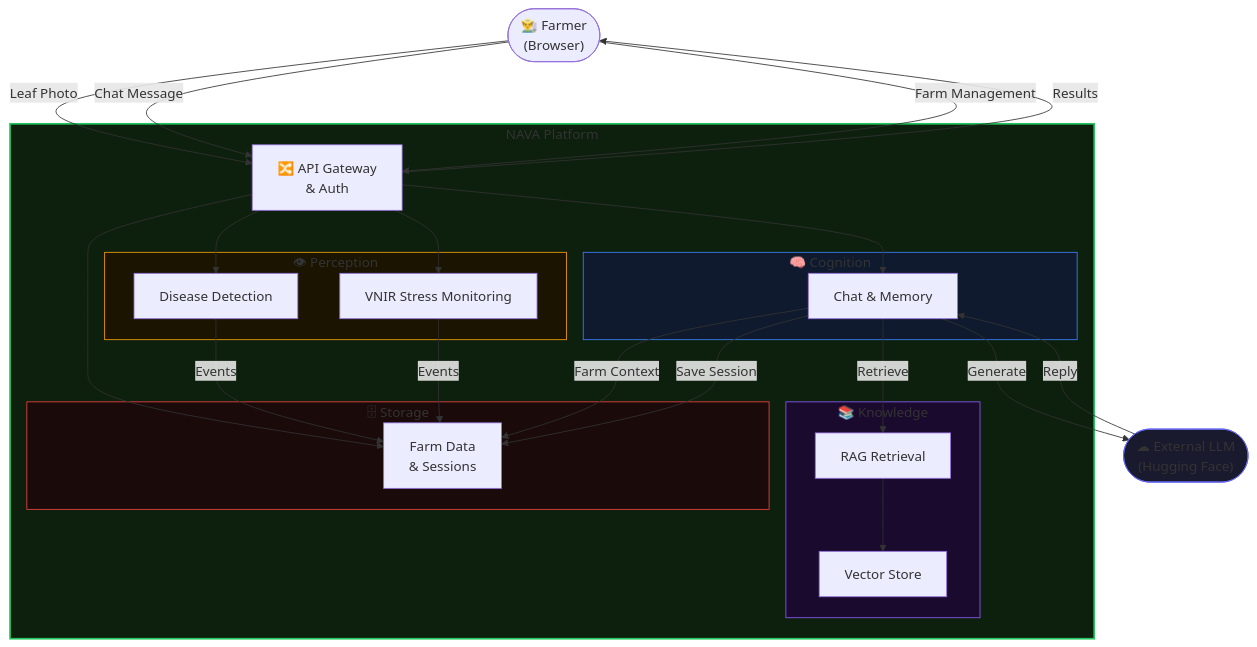
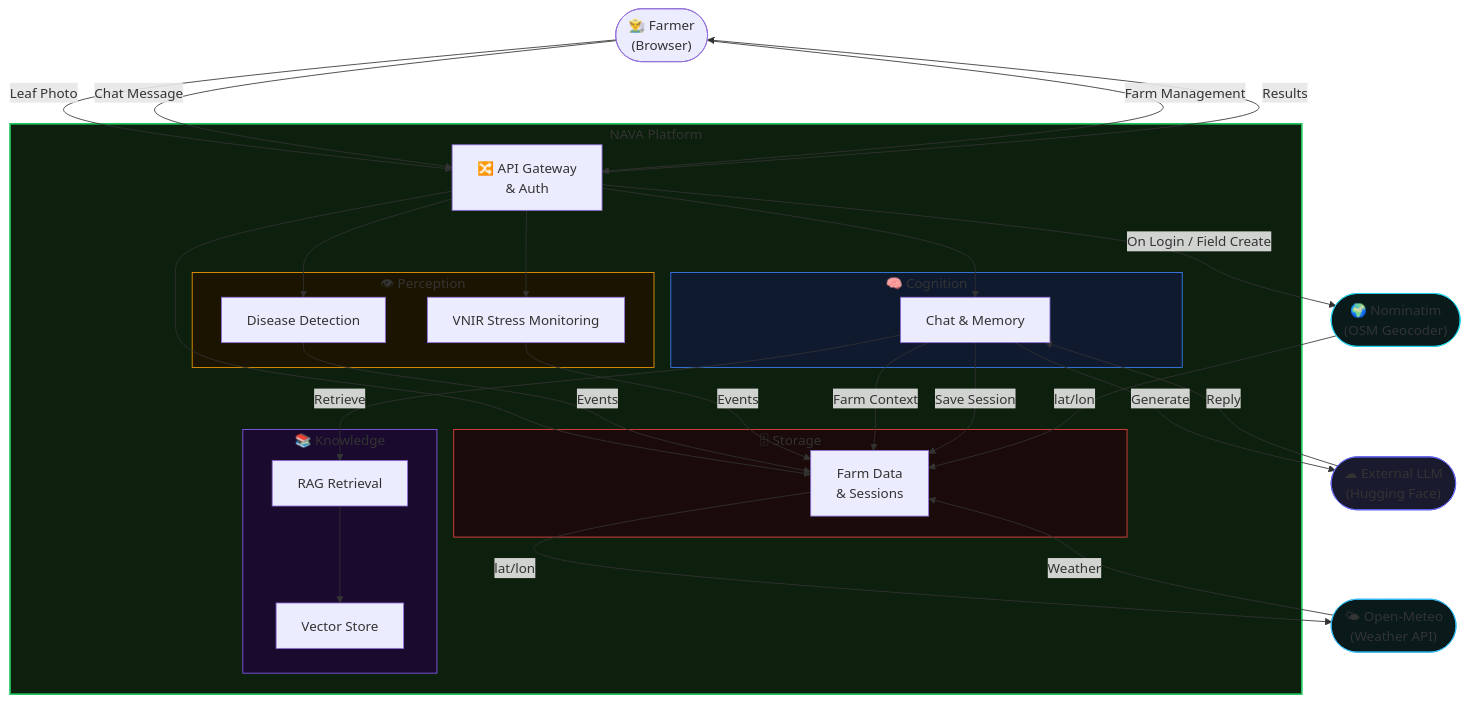
One commit to SReigovind/NAVA changed the first of 2 diagrams in documentation/00_overview.md. Above: the diagram before and after it, drawn with Mermaid. The commit also changed other lines of this file and 55 other files, not shown here.

````diff
--- a/documentation/00_overview.md
+++ b/documentation/00_overview.md
@@ -75,55 +75,64 @@
 ```mermaid
 graph TD
     User(["👨‍🌾 Farmer\n(Browser)"])
 
     subgraph NAVA ["NAVA Platform"]
         GW["🔀 API Gateway\n& Auth"]
 
         subgraph Perception ["👁 Perception"]
             D["Disease Detection"]
             V["VNIR Stress Monitoring"]
         end
 
         subgraph Cognition ["🧠 Cognition"]
             C["Chat & Memory"]
         end
 
         subgraph Knowledge ["📚 Knowledge"]
             R["RAG Retrieval"]
             K["Vector Store"]
         end
 
         subgraph Storage ["🗄 Storage"]
             DB["Farm Data\n& Sessions"]
         end
     end
 
     LLM(["☁ External LLM\n(Hugging Face)"])
+    GEO(["🌍 Nominatim\n(OSM Geocoder)"])
+    WX(["🌤 Open-Meteo\n(Weather API)"])
 
     User -- "Leaf Photo" --> GW
     User -- "Chat Message" --> GW
     User -- "Farm Management" --> GW
 
     GW --> D
     GW --> V
     GW --> C
     GW --> DB
 
     D -- "Events" --> DB
     V -- "Events" --> DB
     C -- "Farm Context" --> DB
     C -- "Retrieve" --> R
     R --> K
     C -- "Generate" --> LLM
     LLM -- "Reply" --> C
     C -- "Save Session" --> DB
 
+    GW -- "On Login / Field Create" --> GEO
+    GEO -- "lat/lon" --> DB
+    DB -- "lat/lon" --> WX
+    WX -- "Weather" --> DB
+
     GW -- "Results" --> User
 
     style NAVA fill:#0d1f0d,stroke:#22c55e,stroke-width:2px
     style Perception fill:#1a1400,stroke:#f59e0b
     style Cognition fill:#0f1a2e,stroke:#3b82f6
     style Knowledge fill:#1a0a2e,stroke:#8b5cf6
     style Storage fill:#1a0a0a,stroke:#ef4444
     style LLM fill:#1a1a2e,stroke:#6366f1
+    style GEO fill:#0a1a1a,stroke:#22d3ee
+    style WX fill:#0a1a1a,stroke:#38bdf8
 ```
````
